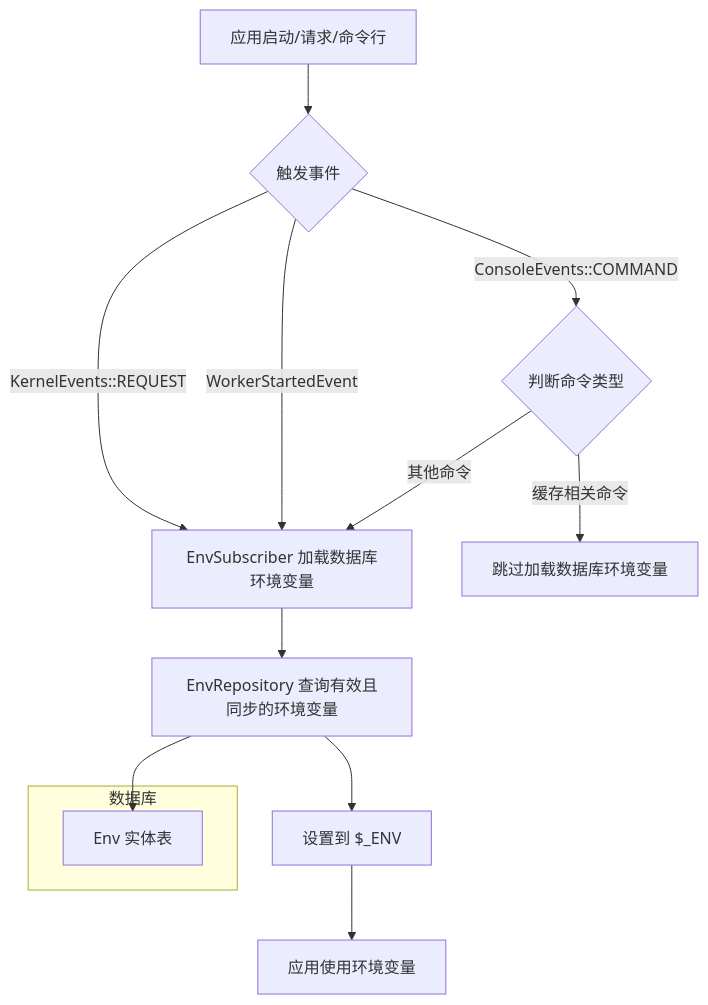
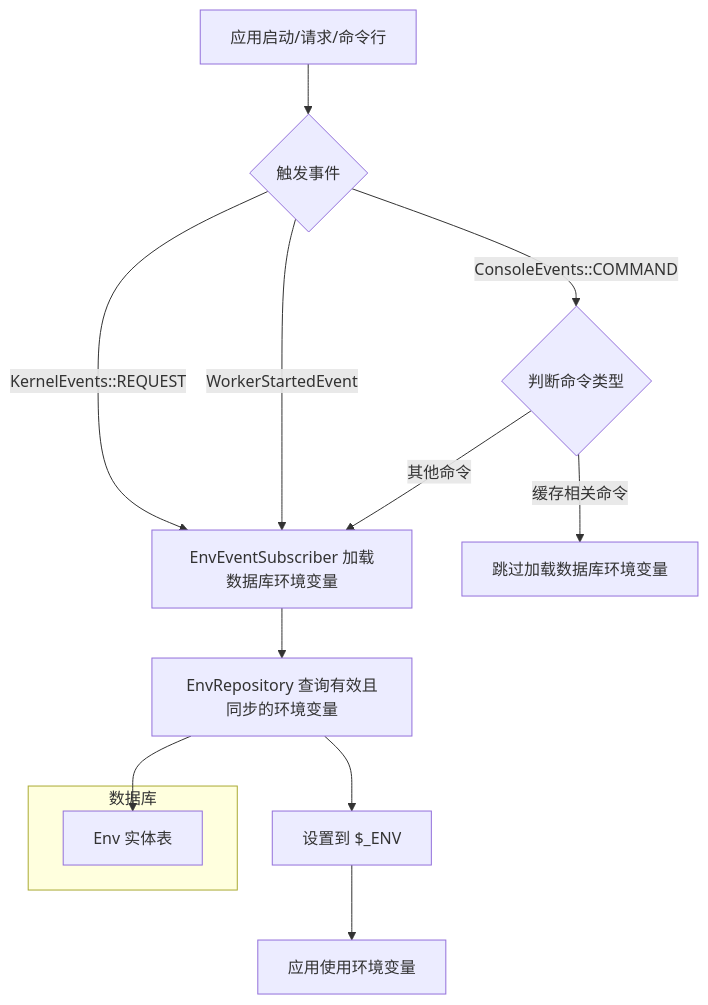
The diagram in WORKFLOW.md (tourze/env-manage-bundle), drawn with Mermaid before and after one commit. The commit also changed other lines of this file and 41 other files, not shown here.

````diff
--- a/WORKFLOW.md
+++ b/WORKFLOW.md
@@ -3,16 +3,16 @@
 ```mermaid
 flowchart TD
     A[应用启动/请求/命令行] --> B{触发事件}
-    B -->|KernelEvents::REQUEST| C[EnvSubscriber 加载数据库环境变量]
+    B -->|KernelEvents::REQUEST| C[EnvEventSubscriber 加载数据库环境变量]
     B -->|WorkerStartedEvent| C
     B -->|ConsoleEvents::COMMAND| D{判断命令类型}
     D -->|缓存相关命令| E[跳过加载数据库环境变量]
     D -->|其他命令| C
     C --> F[EnvRepository 查询有效且同步的环境变量]
     F --> G[设置到 $_ENV]
     G --> H[应用使用环境变量]
     subgraph 数据库
         I[Env 实体表]
     end
     F --> I
 ```
````
